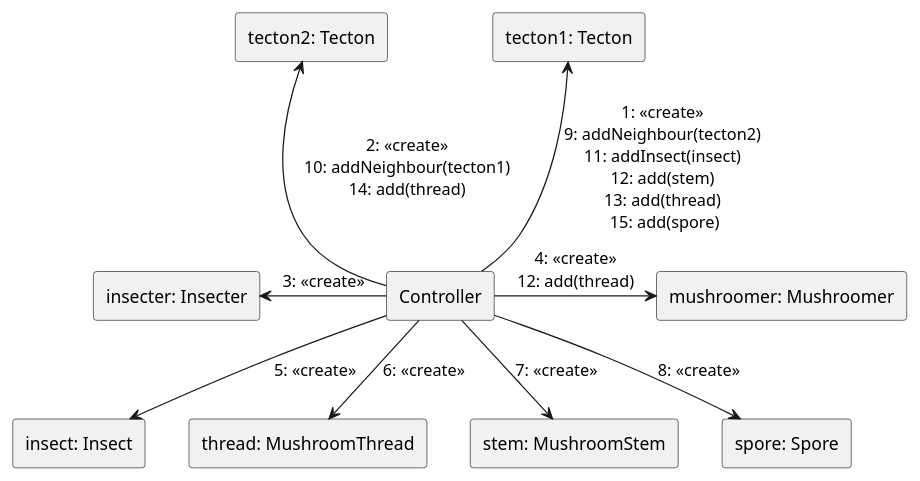
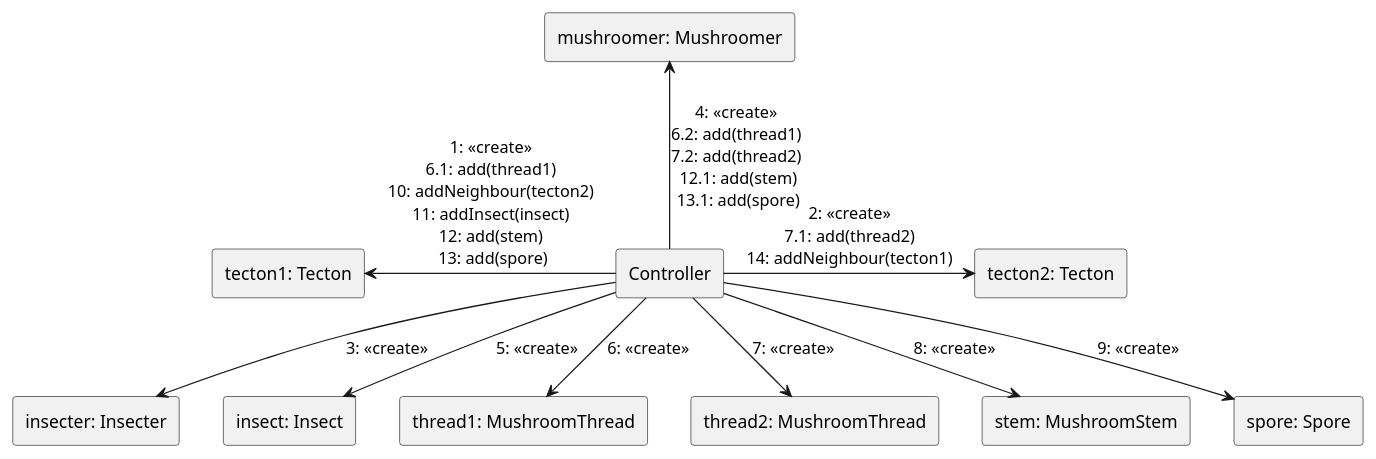
Before and after one commit to Petya-G/fungorium: the diagram in 5/communication_diagrams/big_diagram.puml, drawn with PlantUML.

Commit message:
# big diagram fixes

```diff
--- a/5/communication_diagrams/big_diagram.puml
+++ b/5/communication_diagrams/big_diagram.puml
@@ -1,41 +1,43 @@
 @startuml Communication diagram
 skinparam linestyle ortho
 
 rectangle "Controller" as 0
 
 'rectangle "map: Map" as 1
 
 rectangle "tecton1: Tecton" as 2.1
 rectangle "tecton2: Tecton" as 2.2
 
 rectangle "insecter: Insecter" as 3.1
 rectangle "mushroomer: Mushroomer" as 3.2
 
 rectangle "insect: Insect" as 4
 
-rectangle "thread: MushroomThread" as 5
+rectangle "thread1: MushroomThread" as 5
+rectangle "thread2: MushroomThread" as 5.1
 rectangle "stem: MushroomStem" as 6
 
 rectangle "spore: Spore" as 7
 
 
 '0 -left-> 1: 1: <<create>>\n8: addTecton(tecton1)\n9: addTecton(tecton2)
-0 -up-> 2.1: 1: <<create>>\n9: addNeighbour(tecton2)\n11: addInsect(insect)\n12: add(stem)\n13: add(thread)\n 15: add(spore)
-0 -up-> 2.2: 2: <<create>>\n10: addNeighbour(tecton1)\n14: add(thread)
+0 -left-> 2.1: 1: <<create>>\n6.1: add(thread1)\n10: addNeighbour(tecton2)\n11: addInsect(insect)\n12: add(stem)\n 13: add(spore)
+0 -right-> 2.2: 2: <<create>>\n7.1: add(thread2)\n14: addNeighbour(tecton1)
 
-0 -left-> 3.1: 3: <<create>>
-0 -right-> 3.2: 4: <<create>>\n12: add(thread)
+0 -down-> 3.1: 3: <<create>>
+0 -up-> 3.2: 4: <<create>>\n6.2: add(thread1)\n7.2: add(thread2)\n 12.1: add(stem)\n 13.1: add(spore)
 
 0 -down-> 4: 5: <<create>>
 
 0 --> 5: 6: <<create>>
-0 --> 6: 7: <<create>>
+0 --> 5.1: 7: <<create>>
+0 --> 6: 8: <<create>>
 
-0 --> 7: 8: <<create>>
+0 --> 7: 9: <<create>>
 'szerintem ezek nem is kellenek bele
 '1.1 --> 4: 7. cut(thread)
 
 '1.2 --> 2.1: 8. remove(thread)
 '1.2 --> 2.2: 9. remove(thread)
 
 @enduml
```
